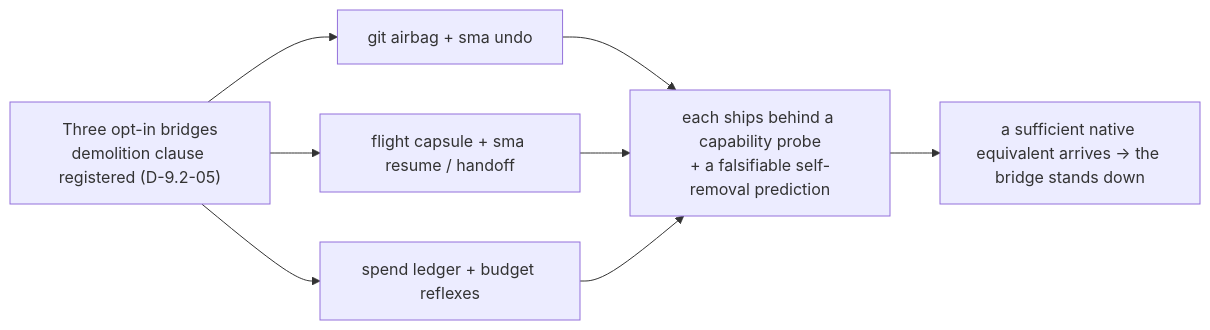
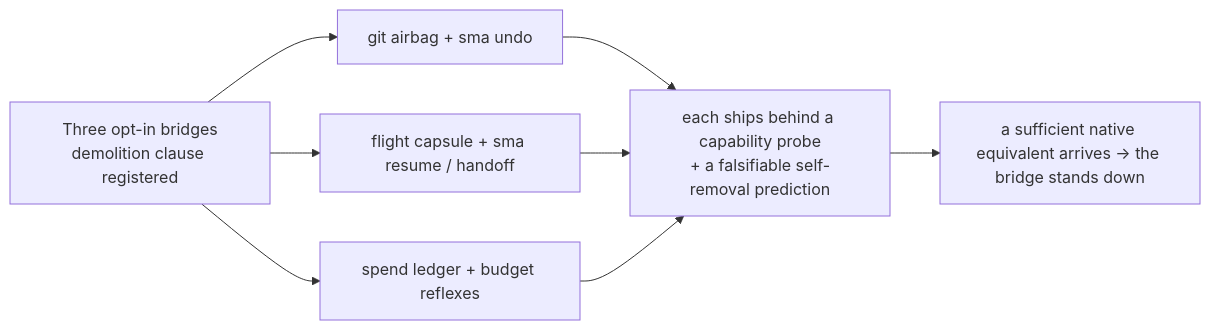
Before and after one commit to sma-framework/sma: diagram 20 of 23 in docs/DETAILS.md, drawn with Mermaid. The commit also changed other lines of this file and 19 other files, not shown here.

````diff
--- a/docs/DETAILS.md
+++ b/docs/DETAILS.md
@@ -591,8 +591,8 @@
 ```mermaid
 flowchart LR
-    B["Three opt-in bridges<br>demolition clause registered (D-9.2-05)"] --> A1["git airbag + sma undo"]
+    B["Three opt-in bridges<br>demolition clause registered"] --> A1["git airbag + sma undo"]
     B --> A2["flight capsule + sma resume / handoff"]
     B --> A3["spend ledger + budget reflexes"]
     A1 & A2 & A3 --> DC["each ships behind a capability probe<br>+ a falsifiable self-removal prediction"]
     DC --> STAND["a sufficient native equivalent arrives → the bridge stands down"]
 ```
````
